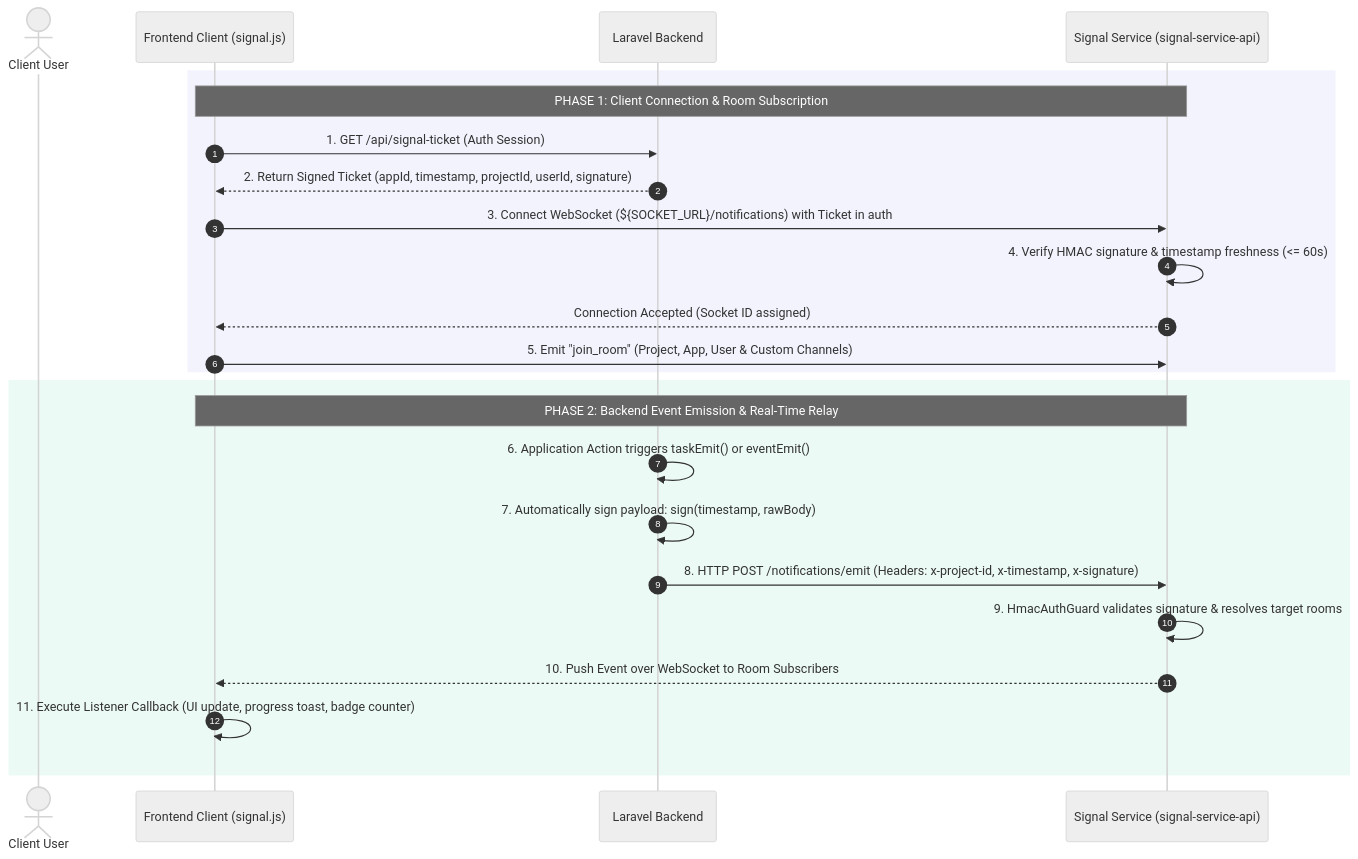
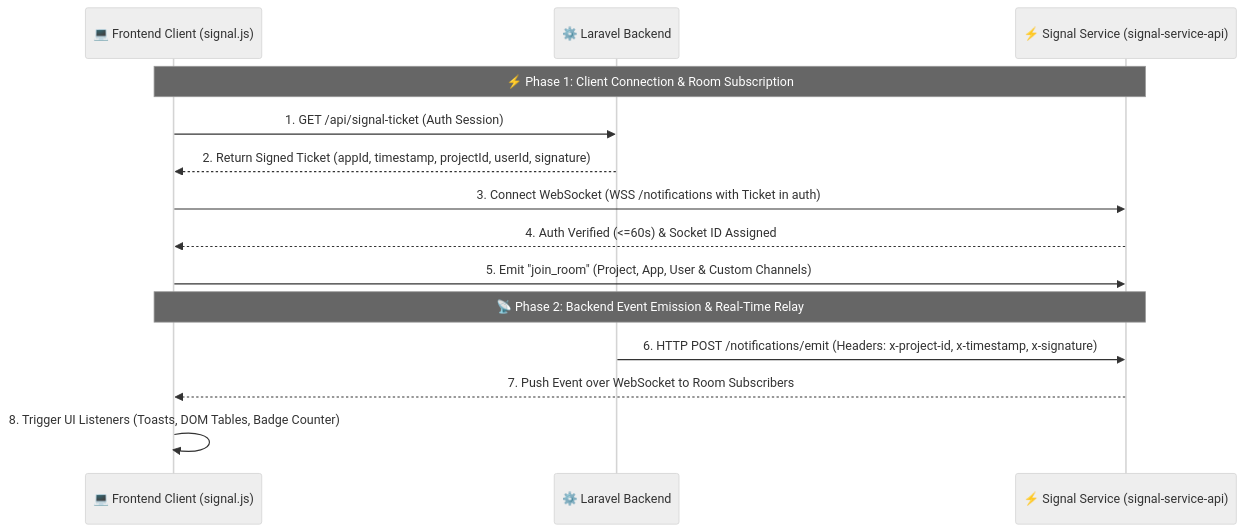
One commit to hour-panha23/Build-Doc changed the first of 2 diagrams in SIGNAL_LARAVEL_INTEGRATION_GUIDE.md. Above: the diagram before and after it, drawn with Mermaid (neutral theme).

Commit message:
Fix Mermaid sequence diagram contrast and spacing in Markdown guide

````diff
--- a/SIGNAL_LARAVEL_INTEGRATION_GUIDE.md
+++ b/SIGNAL_LARAVEL_INTEGRATION_GUIDE.md
@@ -15,28 +15,18 @@
 ```mermaid
 sequenceDiagram
-    autonumber
-    actor User as Client User
-    participant Client as Frontend Client (signal.js)
-    participant Laravel as Laravel Backend
-    participant Signal as Signal Service (signal-service-api)
+    participant Client as 💻 Frontend Client (signal.js)
+    participant Laravel as ⚙️ Laravel Backend
+    participant Signal as ⚡ Signal Service (signal-service-api)
 
-    rect rgba(99, 102, 241, 0.08)
-    Note over Client,Signal: PHASE 1: Client Connection & Room Subscription
+    Note over Client,Signal: ⚡ Phase 1: Client Connection & Room Subscription
     Client->>Laravel: 1. GET /api/signal-ticket (Auth Session)
     Laravel-->>Client: 2. Return Signed Ticket (appId, timestamp, projectId, userId, signature)
-    Client->>Signal: 3. Connect WebSocket (${SOCKET_URL}/notifications) with Ticket in auth
-    Signal->>Signal: 4. Verify HMAC signature & timestamp freshness (<= 60s)
-    Signal-->>Client: Connection Accepted (Socket ID assigned)
+    Client->>Signal: 3. Connect WebSocket (WSS /notifications with Ticket in auth)
+    Signal-->>Client: 4. Auth Verified (<=60s) & Socket ID Assigned
     Client->>Signal: 5. Emit "join_room" (Project, App, User & Custom Channels)
-    end
 
-    rect rgba(16, 185, 129, 0.08)
-    Note over Client,Signal: PHASE 2: Backend Event Emission & Real-Time Relay
-    Laravel->>Laravel: 6. Application Action triggers taskEmit() or eventEmit()
-    Laravel->>Laravel: 7. Automatically sign payload: sign(timestamp, rawBody)
-    Laravel->>Signal: 8. HTTP POST /notifications/emit (Headers: x-project-id, x-timestamp, x-signature)
-    Signal->>Signal: 9. HmacAuthGuard validates signature & resolves target rooms
-    Signal-->>Client: 10. Push Event over WebSocket to Room Subscribers
-    Client->>Client: 11. Execute Listener Callback (UI update, progress toast, badge counter)
-    end
+    Note over Client,Signal: 📡 Phase 2: Backend Event Emission & Real-Time Relay
+    Laravel->>Signal: 6. HTTP POST /notifications/emit (Headers: x-project-id, x-timestamp, x-signature)
+    Signal-->>Client: 7. Push Event over WebSocket to Room Subscribers
+    Client->>Client: 8. Trigger UI Listeners (Toasts, DOM Tables, Badge Counter)
 ```
````
